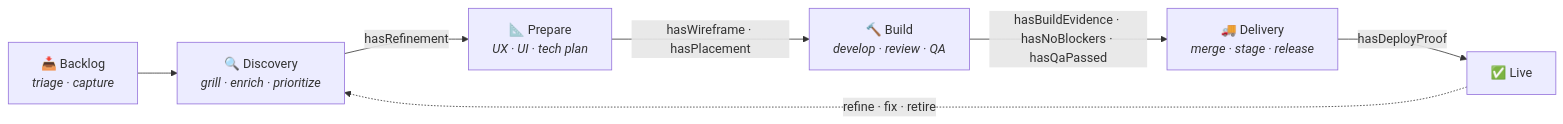
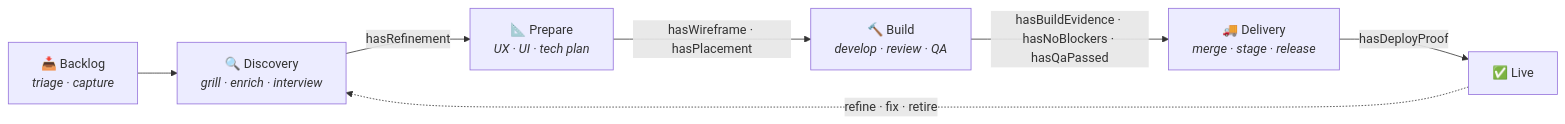
One commit to kapstanhq/agileharness changed the diagram in README.md. Above: the diagram before and after it, drawn with Mermaid. The commit also changed other lines of this file and 801 other files, not shown here.

````diff
--- a/README.md
+++ b/README.md
@@ -47,16 +48,16 @@
 ```mermaid
 flowchart LR
   B["📥 Backlog<br/><i>triage · capture</i>"]
-  D["🔍 Discovery<br/><i>grill · enrich · prioritize</i>"]
+  D["🔍 Discovery<br/><i>grill · enrich · interview</i>"]
   P["📐 Prepare<br/><i>UX · UI · tech plan</i>"]
   C["🔨 Build<br/><i>develop · review · QA</i>"]
   S["🚚 Delivery<br/><i>merge · stage · release</i>"]
   L["✅ Live"]
 
   B --> D
   D -->|hasRefinement| P
   P -->|hasWireframe · hasPlacement| C
   C -->|hasBuildEvidence · hasNoBlockers · hasQaPassed| S
   S -->|hasDeployProof| L
   L -.->|refine · fix · retire| D
 ```
````
